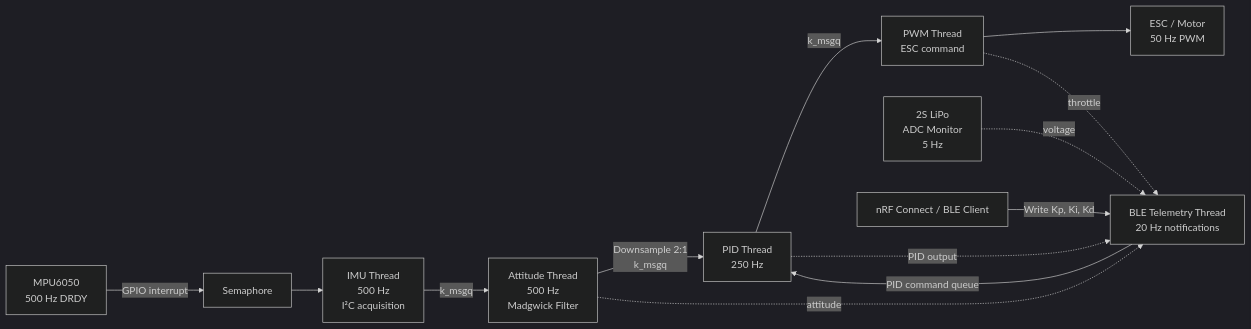
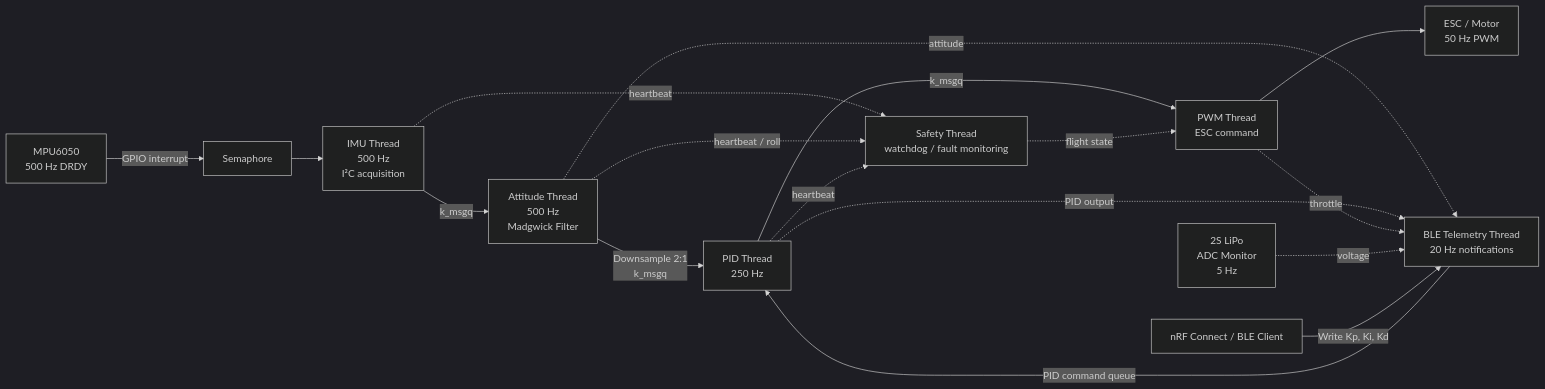
One commit to ehuang2021/drone-fc changed the diagram in README.md. Above: the diagram before and after it, drawn with Mermaid (dark theme). The commit also changed other lines of this file, not shown here.

Commit message:
Updated README for safety thread inclusion

````diff
--- a/README.md
+++ b/README.md
@@ -31,18 +32,23 @@
 ```mermaid
 flowchart LR
     MPU["MPU6050<br/>500 Hz DRDY"] -->|GPIO interrupt| SEM["Semaphore"]
     SEM --> IMU["IMU Thread<br/>500 Hz<br/>I²C acquisition"]
     IMU -->|k_msgq| ATT["Attitude Thread<br/>500 Hz<br/>Madgwick Filter"]
     ATT -->|Downsample 2:1<br/>k_msgq| PID["PID Thread<br/>250 Hz"]
     PID -->|k_msgq| PWM["PWM Thread<br/>ESC command"]
     PWM --> ESC["ESC / Motor<br/>50 Hz PWM"]
+
+    IMU -. heartbeat .-> SAFETY["Safety Thread<br/>watchdog / fault monitoring"]
+    ATT -. heartbeat / roll .-> SAFETY
+    PID -. heartbeat .-> SAFETY
+    SAFETY -. flight state .-> PWM
 
     ATT -. attitude .-> BLE["BLE Telemetry Thread<br/>20 Hz notifications"]
     PID -. PID output .-> BLE
     PWM -. throttle .-> BLE
 
     ADC["2S LiPo<br/>ADC Monitor<br/>5 Hz"] -. voltage .-> BLE
 
     PHONE["nRF Connect / BLE Client"] -->|Write Kp, Ki, Kd| BLE
     BLE -->|PID command queue| PID
 ```
````
